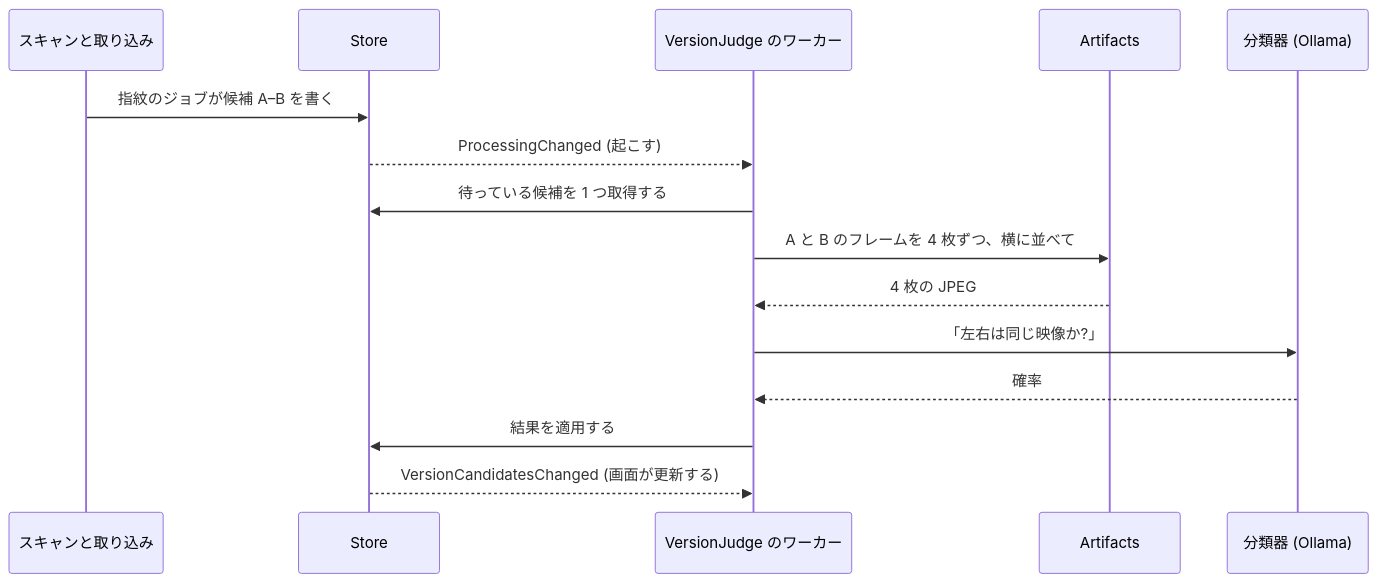
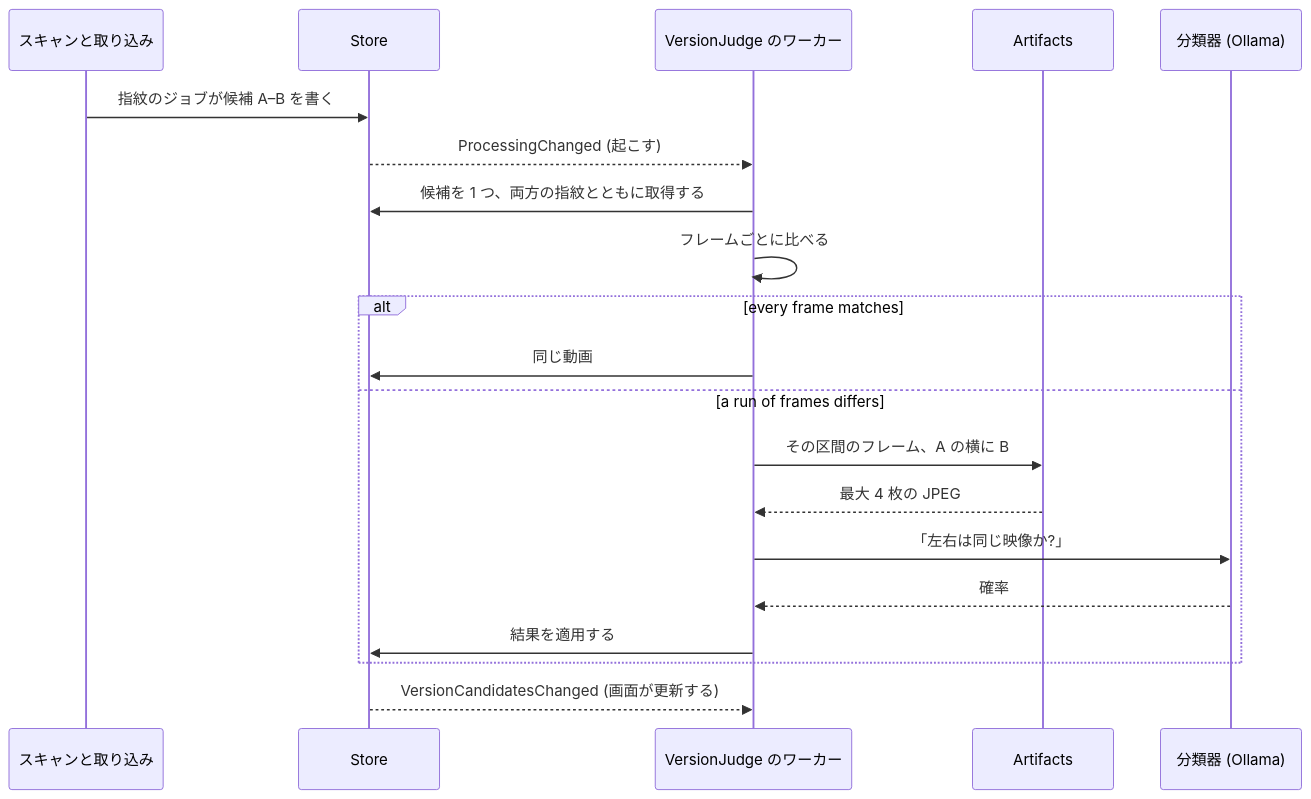
Before and after one commit to syudead/vv: the first of 2 diagrams in translations/ja/specs/054-auto-dup/plan.md, drawn with Mermaid. The commit also changed other lines of this file and 7 other files, not shown here.

First line of the commit message:
docs(054): judge by per-frame fingerprints first, ask the model only for a differing run

````diff
--- a/translations/ja/specs/054-auto-dup/plan.md
+++ b/translations/ja/specs/054-auto-dup/plan.md
@@ -47,17 +33,22 @@
 ```mermaid
 sequenceDiagram
   participant Scan as スキャンと取り込み
   participant Store as Store
   participant Judge as VersionJudge のワーカー
   participant Art as Artifacts
   participant AI as 分類器 (Ollama)
   Scan->>Store: 指紋のジョブが候補 A–B を書く
   Store-->>Judge: ProcessingChanged (起こす)
-  Judge->>Store: 待っている候補を 1 つ取得する
-  Judge->>Art: A と B のフレームを 4 枚ずつ、横に並べて
-  Art-->>Judge: 4 枚の JPEG
-  Judge->>AI: 「左右は同じ映像か?」
-  AI-->>Judge: 確率
-  Judge->>Store: 結果を適用する
+  Judge->>Store: 候補を 1 つ、両方の指紋とともに取得する
+  Judge->>Judge: フレームごとに比べる
+  alt every frame matches
+    Judge->>Store: 同じ動画
+  else a run of frames differs
+    Judge->>Art: その区間のフレーム、A の横に B
+    Art-->>Judge: 最大 4 枚の JPEG
+    Judge->>AI: 「左右は同じ映像か?」
+    AI-->>Judge: 確率
+    Judge->>Store: 結果を適用する
+  end
   Store-->>Judge: VersionCandidatesChanged (画面が更新する)
 ```
````
